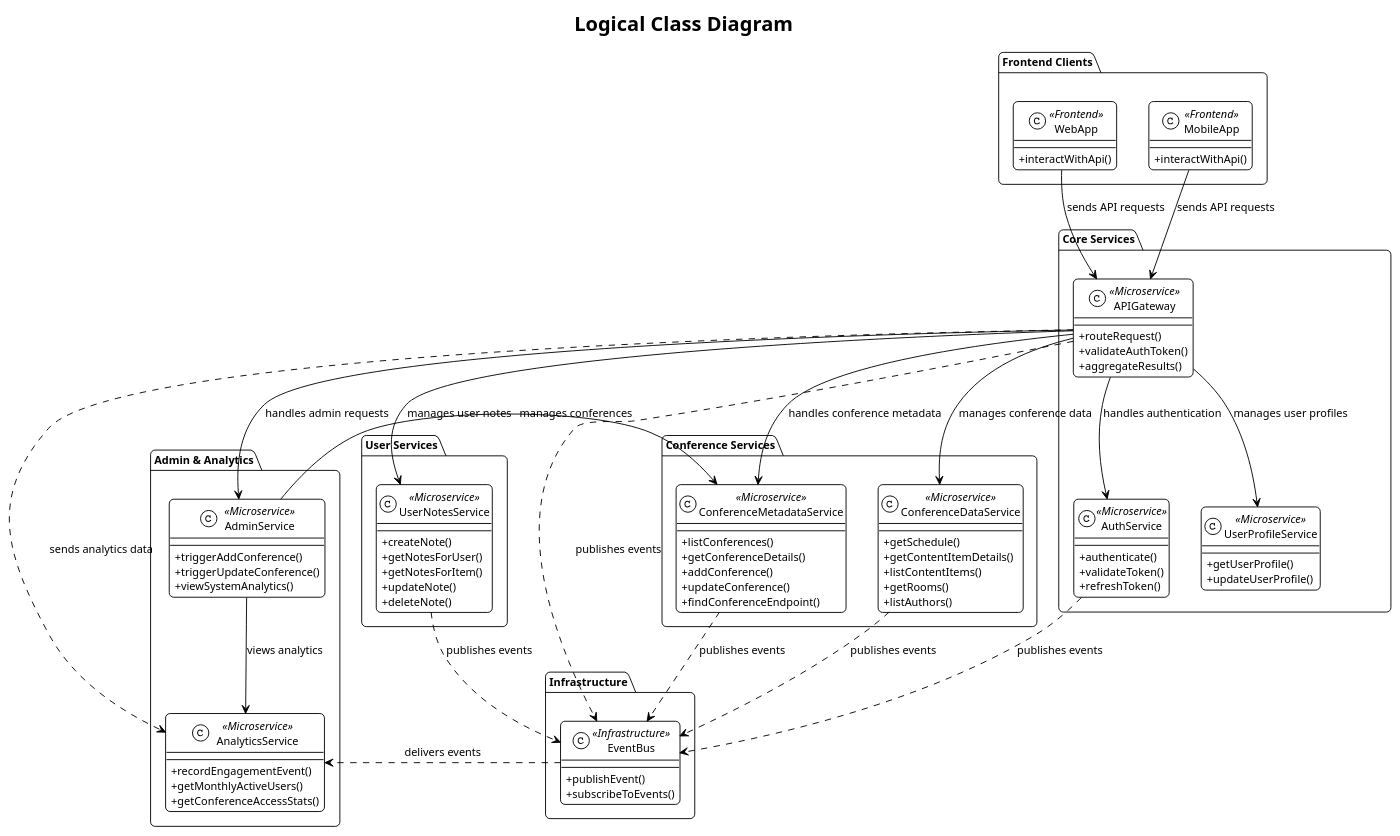
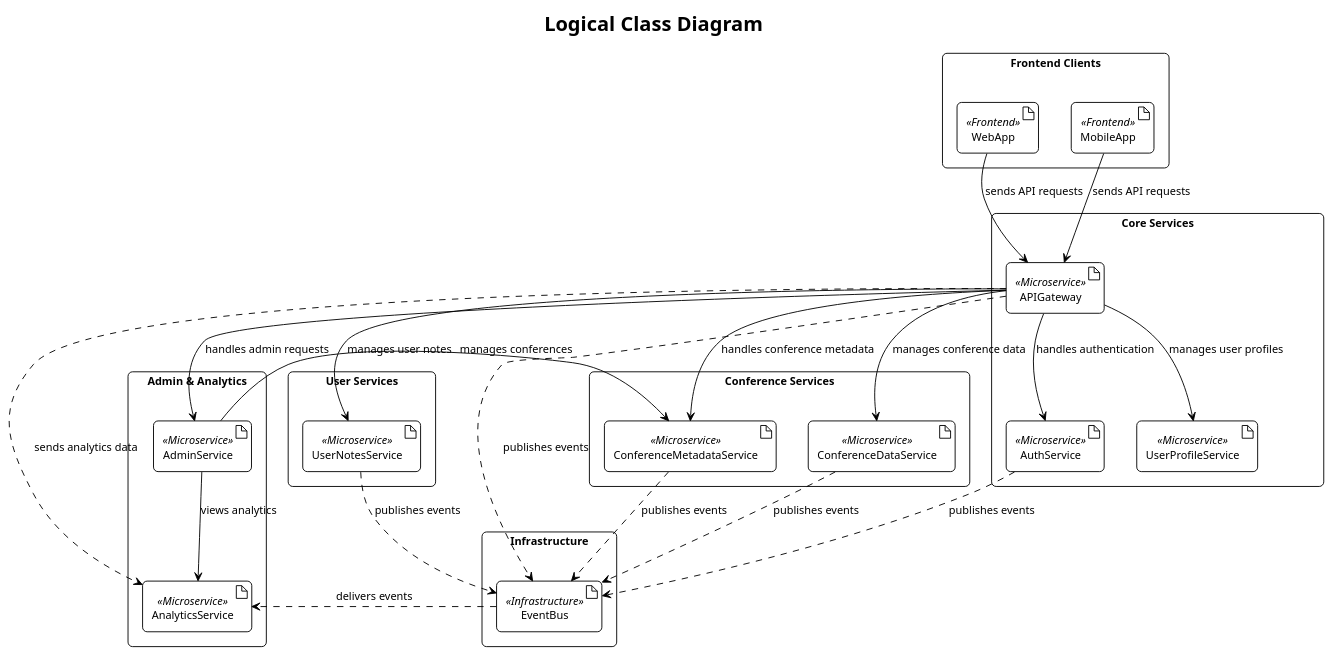
Before and after one commit to Guillermode20/softarch2-uni-work: the diagram in logical/logical-class-diagram.puml, drawn with PlantUML. The commit also changed 5 other files, not shown here.

Commit message:
refactor: Update diagrams to use artifacts instead of components for clarity and consistency feat: Add physical cloud deployment and network topology diagrams for comprehensive architecture overview

```diff
--- a/logical/logical-class-diagram.puml
+++ b/logical/logical-class-diagram.puml
@@ -1,126 +1,78 @@
 @startuml LogicalClassDiagram
 !theme plain
 skinparam ClassAttributeIconSize 0
 skinparam roundcorner 10
 skinparam sequenceMessageAlign center
 skinparam DefaultFontName "Arial"
 skinparam DefaultFontSize 12
 skinparam shadowing false
 
 title Logical Class Diagram
 
 ' ===== Frontend Components =====
-package "Frontend Clients" {
-    class WebApp <<Frontend>> {
-        + interactWithApi()
-    }
-    class MobileApp <<Frontend>> {
-        + interactWithApi()
-    }
+rectangle "Frontend Clients" {
+    artifact WebApp <<Frontend>>
+    artifact MobileApp <<Frontend>>
 }
 
 ' ===== Core Services =====
-package "Core Services" {
-    class APIGateway <<Microservice>> {
-        + routeRequest()
-        + validateAuthToken()
-        + aggregateResults()
-    }
-
-    class AuthService <<Microservice>> {
-        + authenticate()
-        + validateToken()
-        + refreshToken()
-    }
-
-    class UserProfileService <<Microservice>> {
-        + getUserProfile()
-        + updateUserProfile()
-    }
+rectangle "Core Services" {
+    artifact APIGateway <<Microservice>>
+    artifact AuthService <<Microservice>>
+    artifact UserProfileService <<Microservice>>
 }
 
 ' ===== Conference Services =====
-package "Conference Services" {
-    class ConferenceMetadataService <<Microservice>> {
-        + listConferences()
-        + getConferenceDetails()
-        + addConference()
-        + updateConference()
-        + findConferenceEndpoint()
-    }
-
-    class ConferenceDataService <<Microservice>> {
-        + getSchedule()
-        + getContentItemDetails()
-        + listContentItems()
-        + getRooms()
-        + listAuthors()
-    }
+rectangle "Conference Services" {
+    artifact ConferenceMetadataService <<Microservice>>
+    artifact ConferenceDataService <<Microservice>>
 }
 
 ' ===== User Services =====
-package "User Services" {
-    class UserNotesService <<Microservice>> {
-        + createNote()
-        + getNotesForUser()
-        + getNotesForItem()
-        + updateNote()
-        + deleteNote()
-    }
+rectangle "User Services" {
+    artifact UserNotesService <<Microservice>>
 }
 
 ' ===== Admin & Analytics =====
-package "Admin & Analytics" {
-    class AdminService <<Microservice>> {
-        + triggerAddConference()
-        + triggerUpdateConference()
-        + viewSystemAnalytics()
-    }
-
-    class AnalyticsService <<Microservice>> {
-        + recordEngagementEvent()
-        + getMonthlyActiveUsers()
-        + getConferenceAccessStats()
-    }
+rectangle "Admin & Analytics" {
+    artifact AdminService <<Microservice>>
+    artifact AnalyticsService <<Microservice>>
 }
 
 ' ===== Infrastructure =====
-package "Infrastructure" {
-    class EventBus <<Infrastructure>> {
-        + publishEvent()
-        + subscribeToEvents()
-    }
+rectangle "Infrastructure" {
+    artifact EventBus <<Infrastructure>>
 }
 
 ' ===== Relationships =====
 ' Frontend to Gateway
 WebApp --> APIGateway : sends API requests
 MobileApp --> APIGateway : sends API requests
 
 ' Gateway to Core Services
 APIGateway --> AuthService : handles authentication
 APIGateway --> UserProfileService : manages user profiles
 
 ' Gateway to Conference Services
 APIGateway --> ConferenceMetadataService : handles conference metadata
 APIGateway --> ConferenceDataService : manages conference data
 
 ' Gateway to User Services
 APIGateway --> UserNotesService : manages user notes
 
 ' Gateway to Admin & Analytics
 APIGateway --> AdminService : handles admin requests
 APIGateway ..> AnalyticsService : sends analytics data
 
 ' Admin Service Relationships
 AdminService --> ConferenceMetadataService : manages conferences
 AdminService --> AnalyticsService : views analytics
 
 ' Event Bus Relationships
 APIGateway ..> EventBus : publishes events
 AuthService ..> EventBus : publishes events
 ConferenceMetadataService ..> EventBus : publishes events
 ConferenceDataService ..> EventBus : publishes events
 UserNotesService ..> EventBus : publishes events
 EventBus ..> AnalyticsService : delivers events
 @enduml
```
